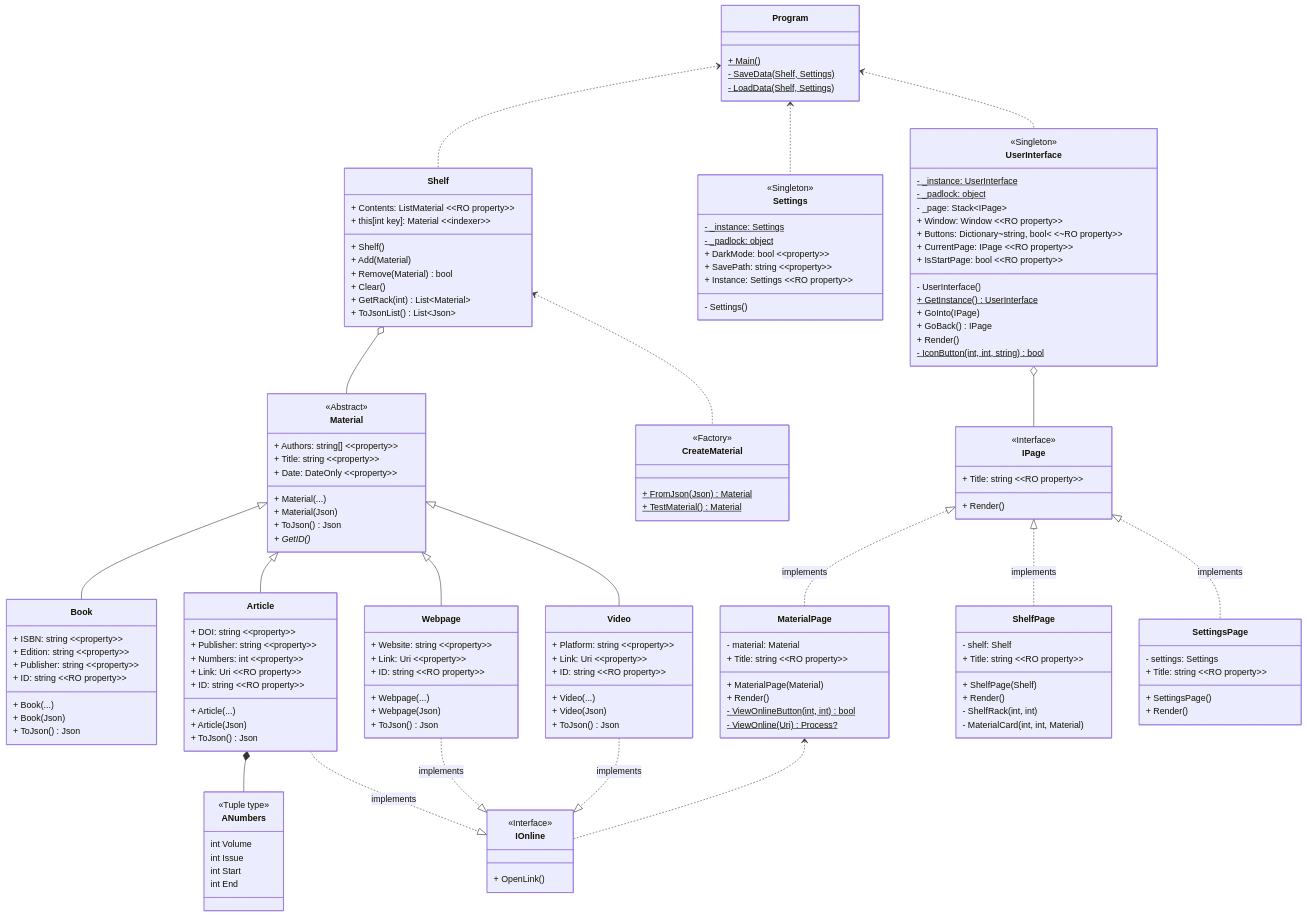
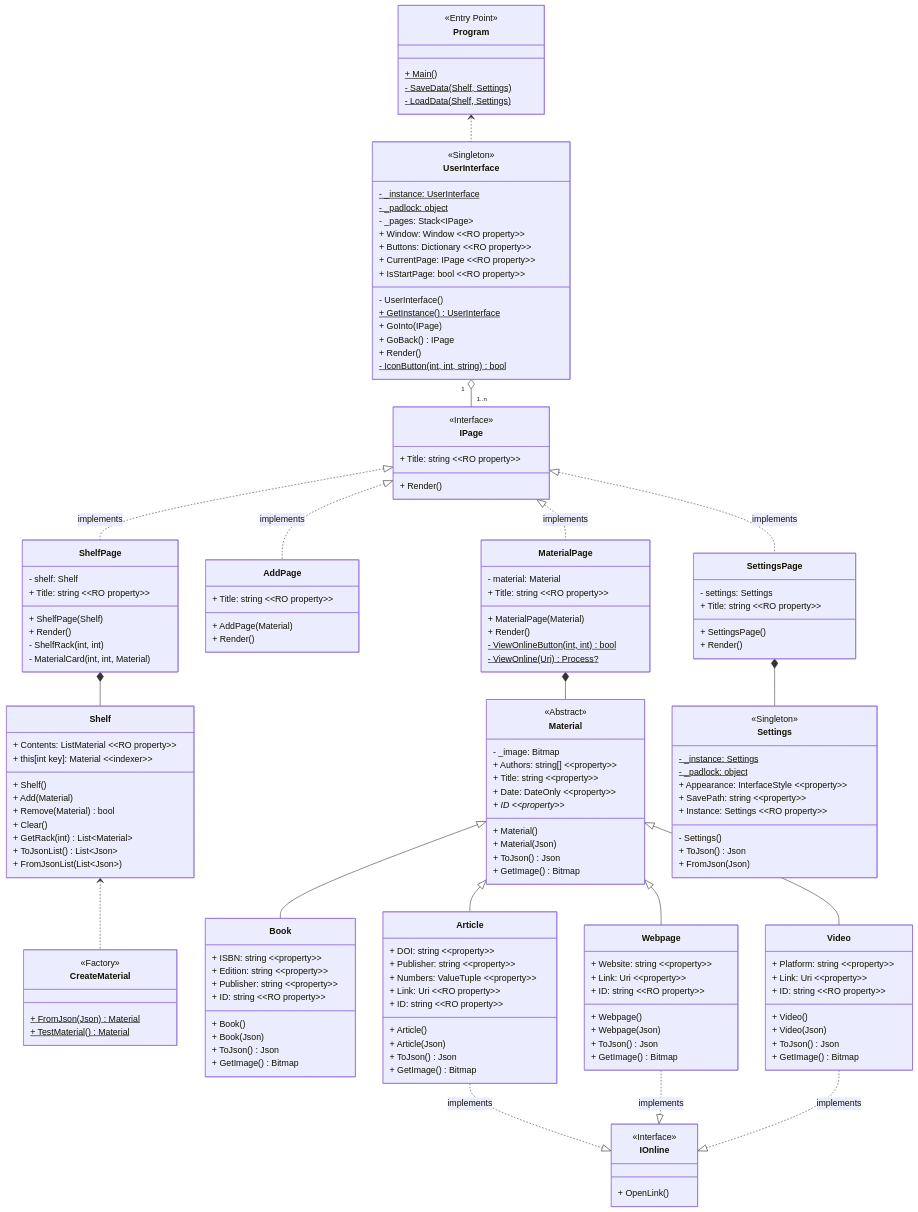
The diagram in Class Diagram.md (TuritoYuenan/personal-library), drawn with Mermaid before and after one commit. The commit also changed 3 other files, not shown here.

Commit message:
add AddPage; update SettingsPage and UML diagram

```diff
--- a/Class Diagram.md
+++ b/Class Diagram.md
@@ -4,29 +4,30 @@
 classDiagram
 direction TB
 
-Program <.. Shelf
-Program <.. Settings
 Program <.. UserInterface
+Shelf <.. CreateMaterial
 
-Shelf o-- Material
-Shelf <.. CreateMaterial
 Material <|-- Book
 Material <|-- Article
 Material <|-- Video
 Material <|-- Webpage
 
-Article *-- ANumbers
 Article ..|> IOnline: implements
 Webpage ..|> IOnline: implements
 Video ..|> IOnline: implements
-MaterialPage <.. IOnline
 
-UserInterface o-- IPage
+UserInterface "1" o-- "1..n" IPage
 IPage <|.. MaterialPage: implements
+IPage <|.. AddPage: implements
 IPage <|.. ShelfPage: implements
 IPage <|.. SettingsPage: implements
 
+MaterialPage *-- Material
+SettingsPage *-- Settings
+ShelfPage *-- Shelf
+
 class Program {
+	<<Entry Point>>
 	+ Main()$
 	- SaveData(Shelf, Settings)$
 	- LoadData(Shelf, Settings)$
@@ -55,10 +56,12 @@
 	<<Singleton>>
 	- _instance: Settings$
 	- _padlock: object$
-	+ DarkMode: bool ~~property~~
+	+ Appearance: InterfaceStyle ~~property~~
 	+ SavePath: string ~~property~~
 	+ Instance: Settings ~~RO property~~
 	- Settings()
+	+ ToJson() Json
+	+ FromJson(Json)
 }
 class Shelf {
 	+ Contents: ListMaterial ~~RO property~~
@@ -69,58 +72,58 @@
 	+ Clear()
 	+ GetRack(int) List~Material~
 	+ ToJsonList() List~Json~
+	+ FromJsonList(List~Json~)
 }
 class Material {
 	<<Abstract>>
+	- _image: Bitmap
 	+ Authors: string[] ~~property~~
 	+ Title: string ~~property~~
 	+ Date: DateOnly ~~property~~
-	+ Material(...)
+	+ ID ~~property~~*
+	+ Material()
 	+ Material(Json)
 	+ ToJson() Json
-	+ GetID()*
+	+ GetImage() Bitmap
 }
 class Book {
 	+ ISBN: string ~~property~~
 	+ Edition: string ~~property~~
 	+ Publisher: string ~~property~~
 	+ ID: string ~~RO property~~
-	+ Book(...)
+	+ Book()
 	+ Book(Json)
 	+ ToJson() Json
+	+ GetImage() Bitmap
 }
 class Article {
 	+ DOI: string ~~property~~
 	+ Publisher: string ~~property~~
-	+ Numbers: int ~~property~~
+	+ Numbers: ValueTuple ~~property~~
 	+ Link: Uri ~~RO property~~
 	+ ID: string ~~RO property~~
-	+ Article(...)
+	+ Article()
 	+ Article(Json)
 	+ ToJson() Json
+	+ GetImage() Bitmap
 }
 class Webpage {
 	+ Website: string ~~property~~
 	+ Link: Uri ~~property~~
 	+ ID: string ~~RO property~~
-	+ Webpage(...)
+	+ Webpage()
 	+ Webpage(Json)
 	+ ToJson() Json
+	+ GetImage() Bitmap
 }
 class Video {
 	+ Platform: string ~~property~~
 	+ Link: Uri ~~property~~
 	+ ID: string ~~RO property~~
-	+ Video(...)
+	+ Video()
 	+ Video(Json)
 	+ ToJson() Json
-}
-class ANumbers {
-	<<Tuple type>>
-	int Volume
-	int Issue
-	int Start
-	int End
+	+ GetImage() Bitmap
 }
 
 %% Views
@@ -129,9 +132,9 @@
 	<<Singleton>>
 	- _instance: UserInterface$
 	- _padlock: object$
-	- _page: Stack~IPage~
+	- _pages: Stack~IPage~
 	+ Window: Window ~~RO property~~
-	+ Buttons: Dictionary~string, bool~ ~~RO property~~
+	+ Buttons: Dictionary ~~RO property~~
 	+ CurrentPage: IPage ~~RO property~~
 	+ IsStartPage: bool ~~RO property~~
 	- UserInterface()
@@ -140,6 +143,11 @@
 	+ GoBack() IPage
 	+ Render()
 	- IconButton(int, int, string)$ bool
+}
+class AddPage {
+	+ Title: string ~~RO property~~
+	+ AddPage(Material)
+	+ Render()
 }
 class MaterialPage {
 	- material: Material
```
